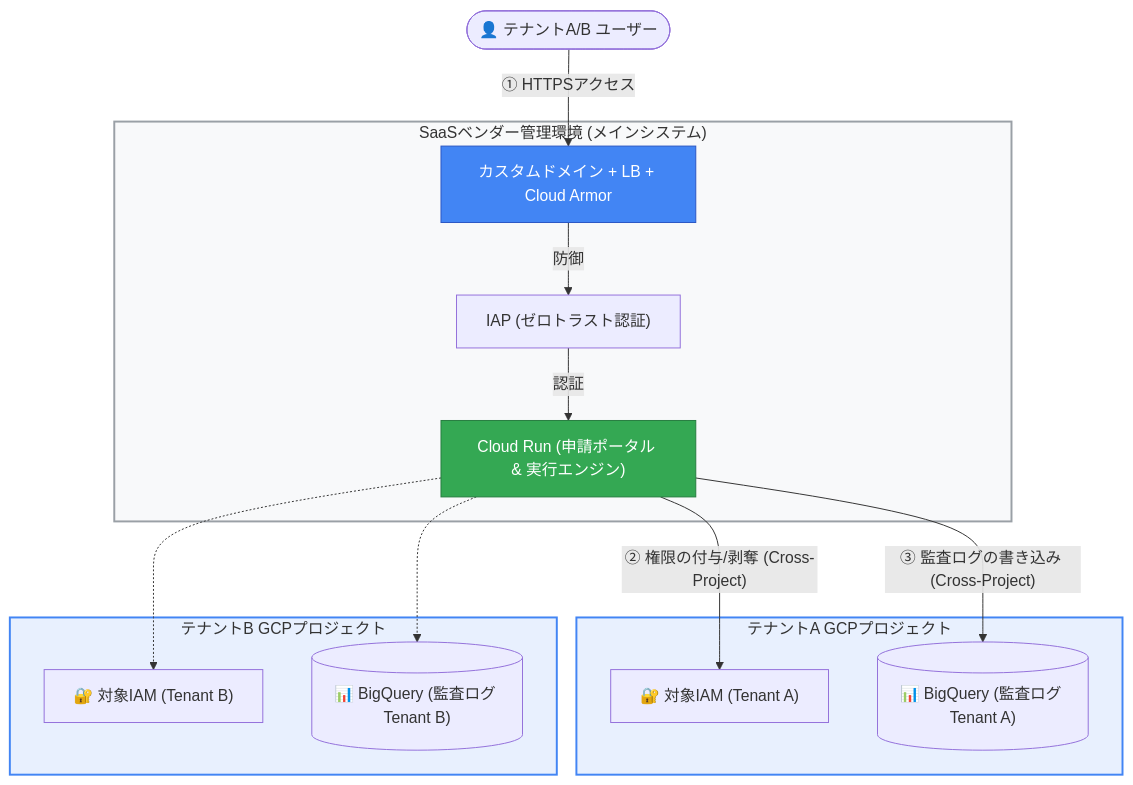
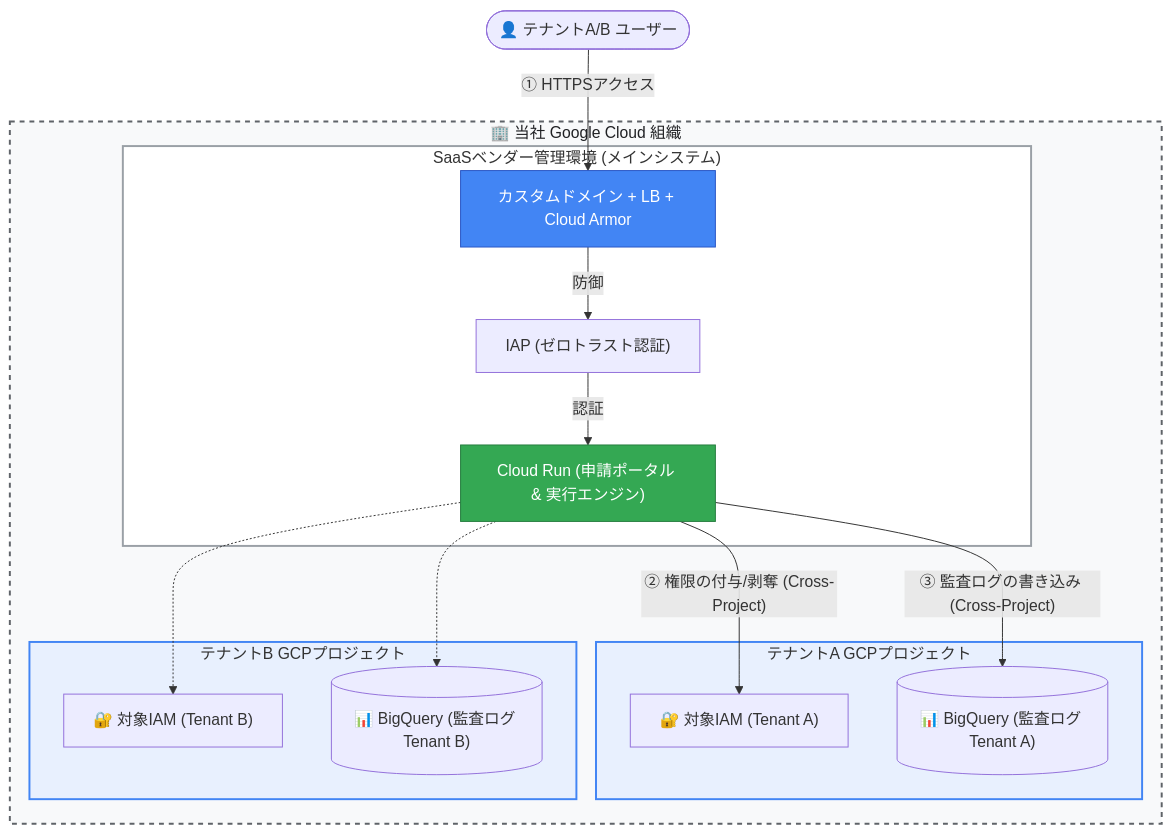
One commit to ea-Mitsuoka/cloud-access-manager changed the second of 4 diagrams in docs/policy/roadmap.md. Above: the diagram before and after it, drawn with Mermaid.

Commit message:
docs(architecture): update architecture diagram

````diff
--- a/docs/policy/roadmap.md
+++ b/docs/policy/roadmap.md
@@ -49,33 +49,39 @@
 ```mermaid
 graph TD
-    subgraph Vendor ["SaaSベンダー管理環境 (メインシステム)"]
-        Edge["カスタムドメイン + LB + Cloud Armor"]
-        IAP["IAP (ゼロトラスト認証)"]
-        CR["Cloud Run (申請ポータル & 実行エンジン)"]
+    subgraph OurOrg ["🏢 当社 Google Cloud 組織"]
         
-        Edge -->|"防御"| IAP
-        IAP -->|"認証"| CR
-    end
+        subgraph Vendor ["SaaSベンダー管理環境 (メインシステム)"]
+            Edge["カスタムドメイン + LB + Cloud Armor"]
+            IAP["IAP (ゼロトラスト認証)"]
+            CR["Cloud Run (申請ポータル & 実行エンジン)"]
+            
+            Edge -->|"防御"| IAP
+            IAP -->|"認証"| CR
+        end
 
-    subgraph TenantA ["テナントA GCPプロジェクト"]
-        IAMA["🔐 対象IAM (Tenant A)"]
-        BQA[("📊 BigQuery (監査ログ Tenant A)")]
-    end
+        subgraph TenantA ["テナントA GCPプロジェクト"]
+            IAMA["🔐 対象IAM (Tenant A)"]
+            BQA[("📊 BigQuery (監査ログ Tenant A)")]
+        end
 
-    subgraph TenantB ["テナントB GCPプロジェクト"]
-        IAMB["🔐 対象IAM (Tenant B)"]
-        BQB[("📊 BigQuery (監査ログ Tenant B)")]
+        subgraph TenantB ["テナントB GCPプロジェクト"]
+            IAMB["🔐 対象IAM (Tenant B)"]
+            BQB[("📊 BigQuery (監査ログ Tenant B)")]
+        end
+
     end
 
     User(["👤 テナントA/B ユーザー"]) -->|"① HTTPSアクセス"| Edge
     CR -->|"② 権限の付与/剥奪 (Cross-Project)"| IAMA
     CR -->|"③ 監査ログの書き込み (Cross-Project)"| BQA
     CR -.-> IAMB
     CR -.-> BQB
 
-    style Vendor fill:#F8F9FA,stroke:#9AA0A6,stroke-width:2px
+    %% スタイル定義
+    style OurOrg fill:#f8f9fa,stroke:#5f6368,stroke-width:2px,stroke-dasharray: 5 5,color:#202124
+    style Vendor fill:#ffffff,stroke:#9AA0A6,stroke-width:2px
     style TenantA fill:#E8F0FE,stroke:#4285F4,stroke-width:2px
     style TenantB fill:#E8F0FE,stroke:#4285F4,stroke-width:2px
     style Edge fill:#4285F4,color:#fff,stroke:#2a56c4
     style CR fill:#34A853,color:#fff,stroke:#267d3f
 ```
````
